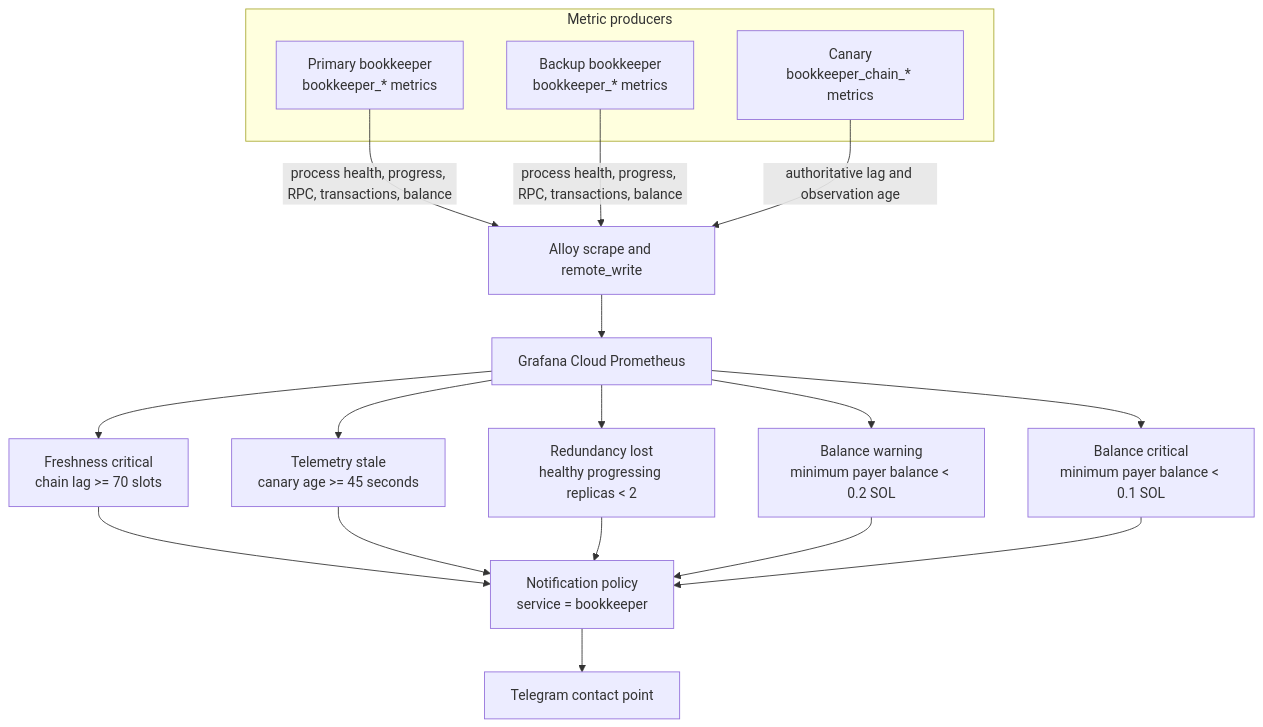
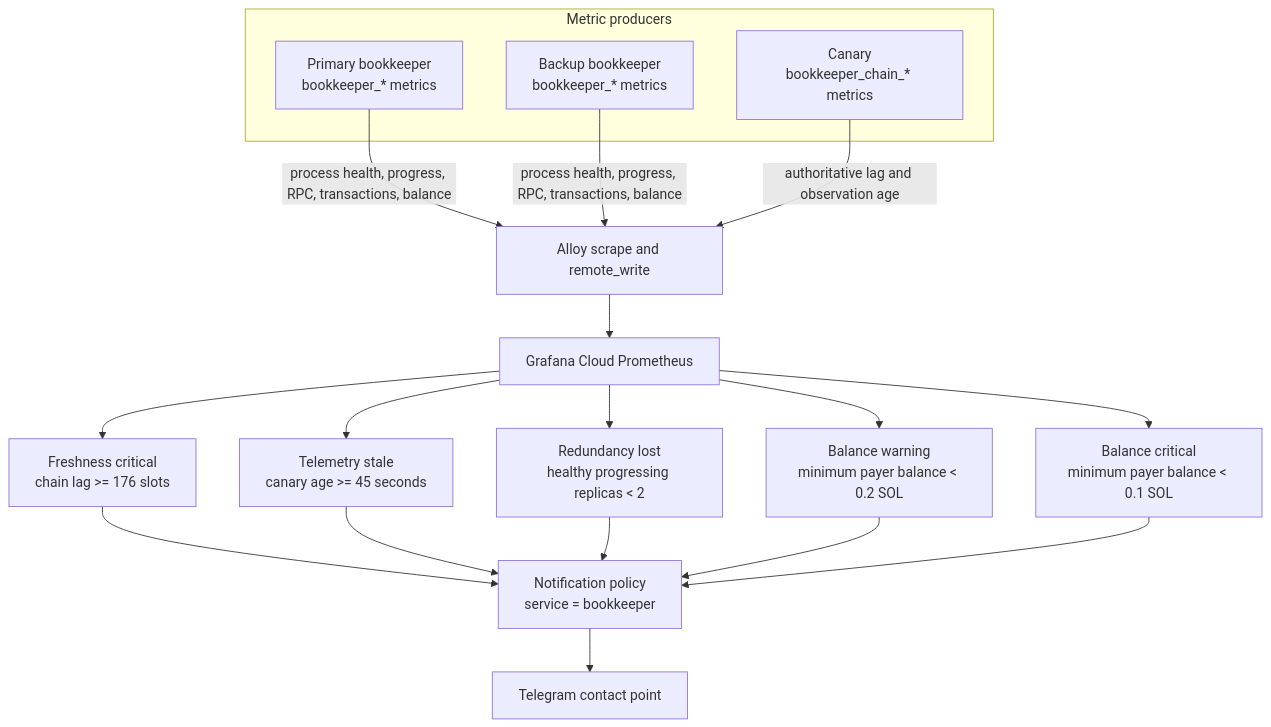
One commit to nightshade-labs/twob-keepers changed the third of 3 diagrams in docs/bookkeeping-service-architecture.md. Above: the diagram before and after it, drawn with Mermaid. The commit also changed other lines of this file and 25 other files, not shown here.

````diff
--- a/docs/bookkeeping-service-architecture.md
+++ b/docs/bookkeeping-service-architecture.md
@@ -141,29 +141,29 @@
 ```mermaid
 flowchart TB
     subgraph producers["Metric producers"]
         primaryMetrics["Primary bookkeeper<br/>bookkeeper_* metrics"]
         backupMetrics["Backup bookkeeper<br/>bookkeeper_* metrics"]
         chainMetrics["Canary<br/>bookkeeper_chain_* metrics"]
     end
 
     alloy["Alloy scrape and remote_write"]
     prometheus["Grafana Cloud Prometheus"]
 
     primaryMetrics -->|"process health, progress, RPC, transactions, balance"| alloy
     backupMetrics -->|"process health, progress, RPC, transactions, balance"| alloy
     chainMetrics -->|"authoritative lag and observation age"| alloy
     alloy --> prometheus
 
-    prometheus --> freshness["Freshness critical<br/>chain lag >= 70 slots"]
+    prometheus --> freshness["Freshness critical<br/>chain lag >= 176 slots"]
     prometheus --> telemetry["Telemetry stale<br/>canary age >= 45 seconds"]
     prometheus --> redundancy["Redundancy lost<br/>healthy progressing replicas < 2"]
     prometheus --> balanceWarning["Balance warning<br/>minimum payer balance < 0.2 SOL"]
     prometheus --> balanceCritical["Balance critical<br/>minimum payer balance < 0.1 SOL"]
 
     freshness --> route["Notification policy<br/>service = bookkeeper"]
     telemetry --> route
     redundancy --> route
     balanceWarning --> route
     balanceCritical --> route
     route --> telegram["Telegram contact point"]
 ```
````
